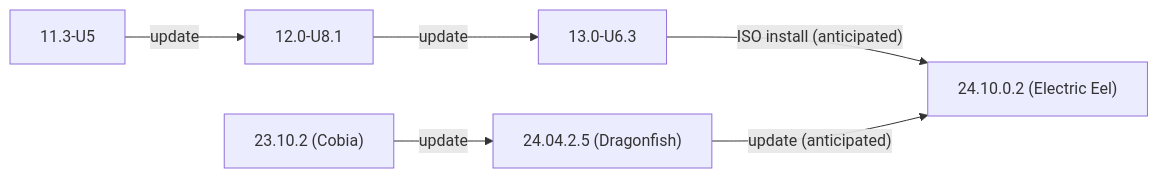
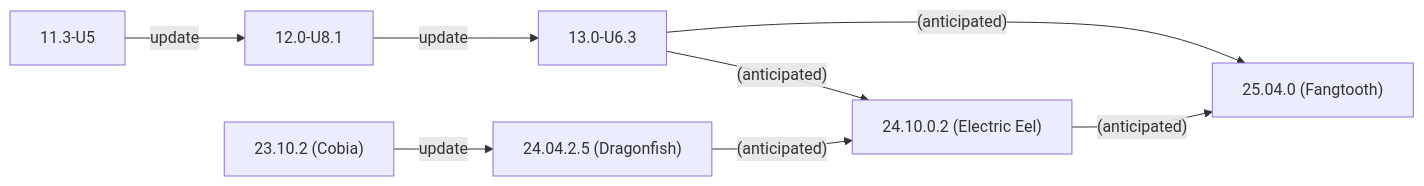
Before and after one commit to truenas/documentation: the second of 2 diagrams in static/includes/SCALEUpgradePaths.md, drawn with Mermaid. The commit also changed other lines of this file, not shown here.

```diff
--- a/static/includes/SCALEUpgradePaths.md
+++ b/static/includes/SCALEUpgradePaths.md
@@ -69,9 +71,11 @@
           {{< mermaid class="mermaid_sizing" >}}
           flowchart LR
             A["11.3-U5"] -->|update| B
             B["12.0-U8.1"] -->|update| C
-            C["13.0-U6.3"] -->|"ISO install (anticipated)"| F
+            C["13.0-U6.3"] -->|"(anticipated)"| F
+            C["13.0-U6.3"] -->|"(anticipated)"| G
             D["23.10.2 (Cobia)"] -->|update| E
-            E["24.04.2.5 (Dragonfish)"]  -->|"update (anticipated)"| F
-            F["24.10.0.2 (Electric Eel)"]
+            E["24.04.2.5 (Dragonfish)"]  -->|"(anticipated)"| F
+            F["24.10.0.2 (Electric Eel)"] -->|"(anticipated)"| G
+            G["25.04.0 (Fangtooth)"]
           {{< /mermaid >}}
```
